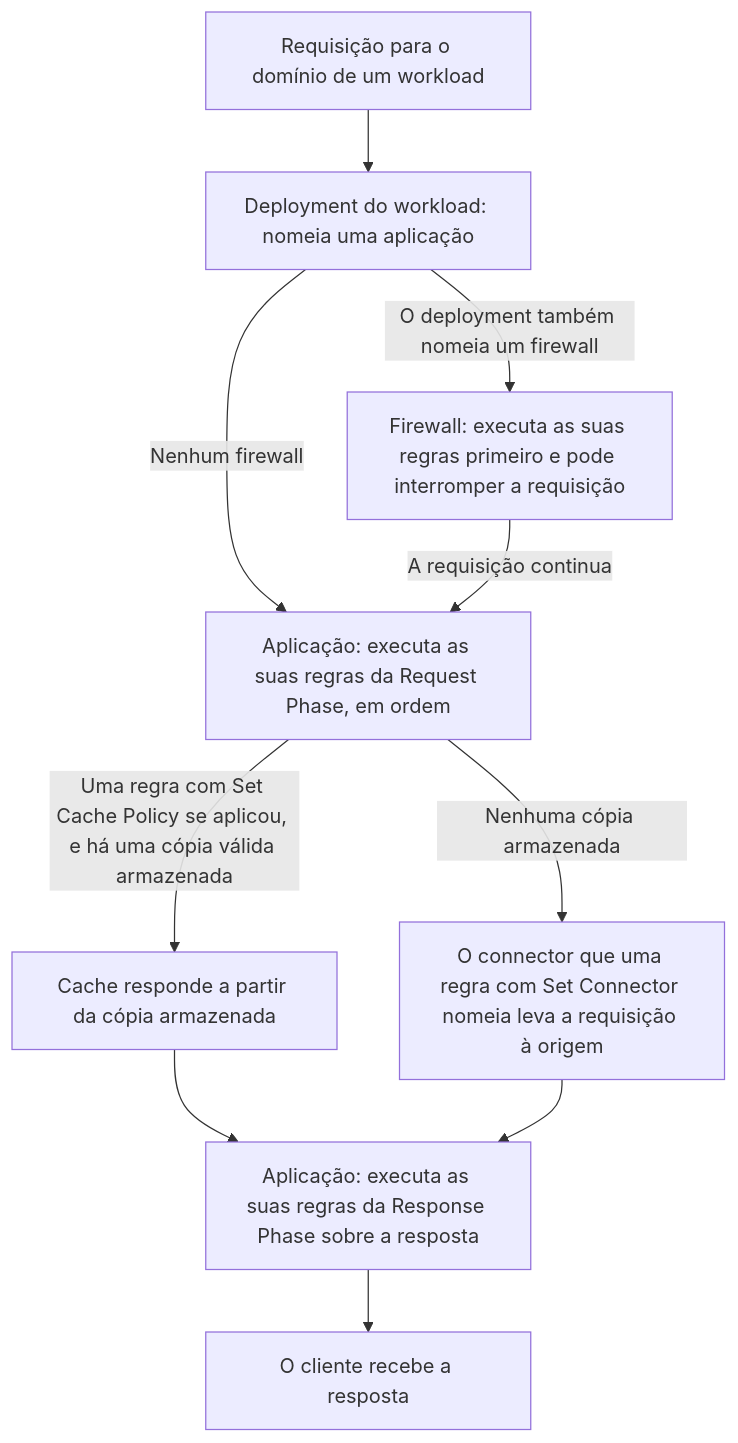
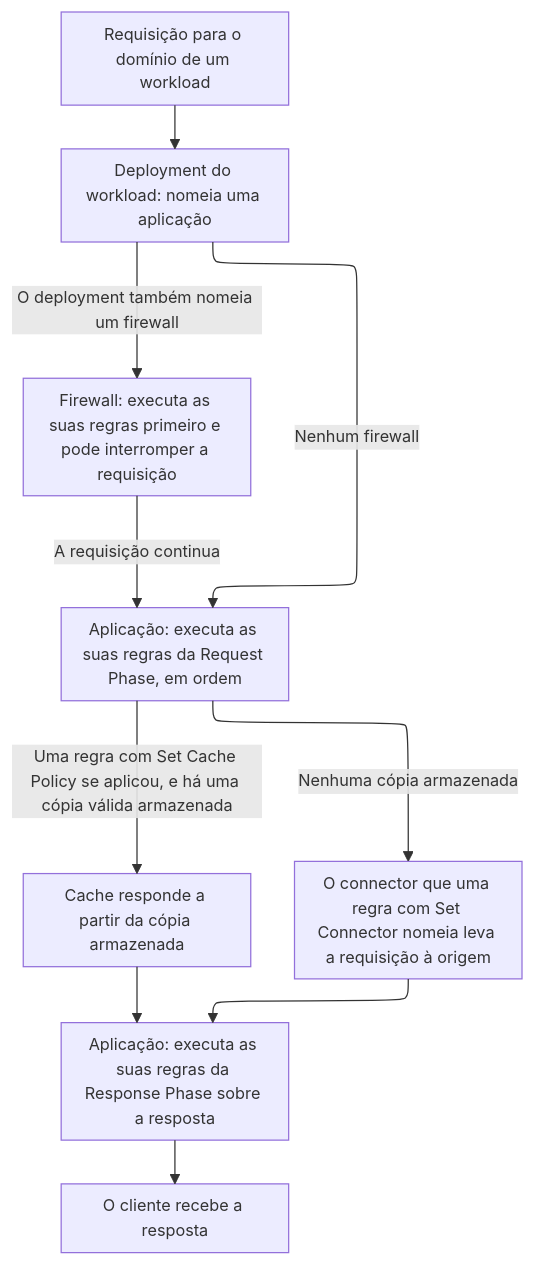
The diagram in apps/docs/src/content/docs/pt-br/pages/menu-principal/referencia/build/edge-application/edge-application.mdx (aziontech/docs), drawn with Mermaid before and after one commit. The commit also changed 179 other files, not shown here.

Commit message:
docs(diagrams): redraw every other diagram in the use-case diagram style (#2513)

````diff
--- a/apps/docs/src/content/docs/pt-br/pages/menu-principal/referencia/build/edge-application/edge-application.mdx
+++ b/apps/docs/src/content/docs/pt-br/pages/menu-principal/referencia/build/edge-application/edge-application.mdx
@@ -65,12 +65,13 @@
 ```mermaid
+%%{init: {"layout": "elk", "themeVariables": {"fontSize": "13px"}, "flowchart": {"nodeSpacing": 24, "rankSpacing": 36, "padding": 8, "wrappingWidth": 150, "useMaxWidth": true}, "sequence": {"width": 120, "actorMargin": 30, "useMaxWidth": true}}}%%
 flowchart TD
   Q["Requisição para o domínio de um workload"] --> D["Deployment do workload: nomeia uma aplicação"]
   D -->|"O deployment também nomeia um firewall"| FW["Firewall: executa as suas regras primeiro e pode interromper a requisição"]
   D -->|"Nenhum firewall"| R["Aplicação: executa as suas regras da Request Phase, em ordem"]
   FW -->|"A requisição continua"| R
   R -->|"Uma regra com Set Cache Policy se aplicou, e há uma cópia válida armazenada"| C["Cache responde a partir da cópia armazenada"]
   R -->|"Nenhuma cópia armazenada"| O["O connector que uma regra com Set Connector nomeia leva a requisição à origem"]
   C --> P["Aplicação: executa as suas regras da Response Phase sobre a resposta"]
   O --> P
   P --> A["O cliente recebe a resposta"]
 ```
````
